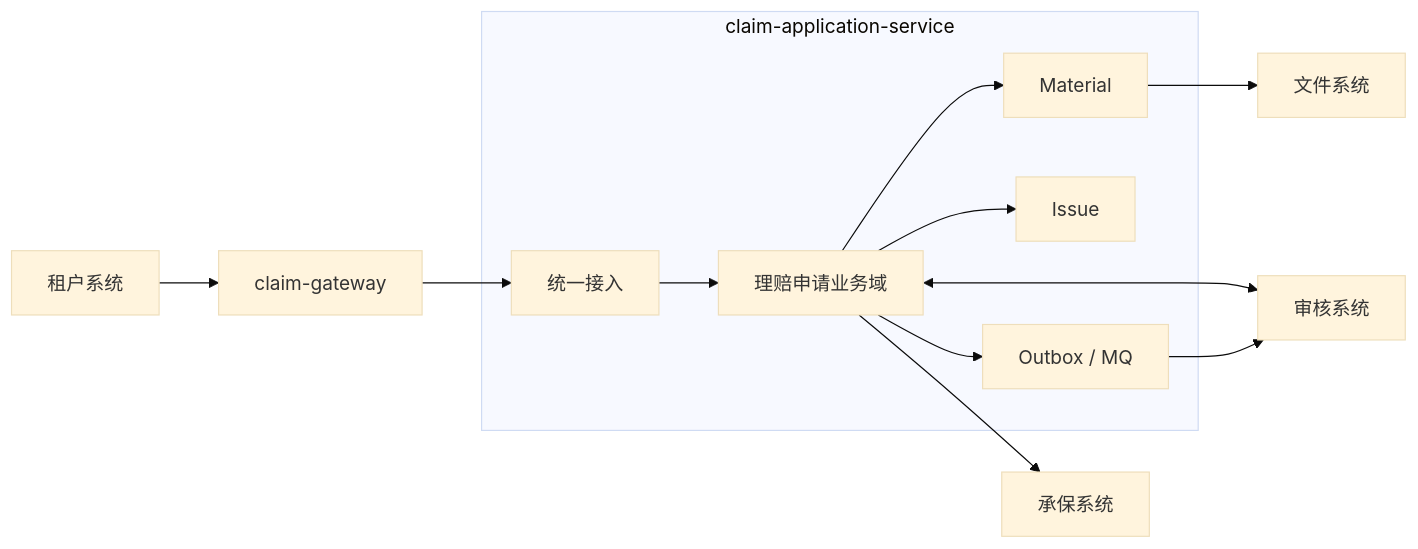
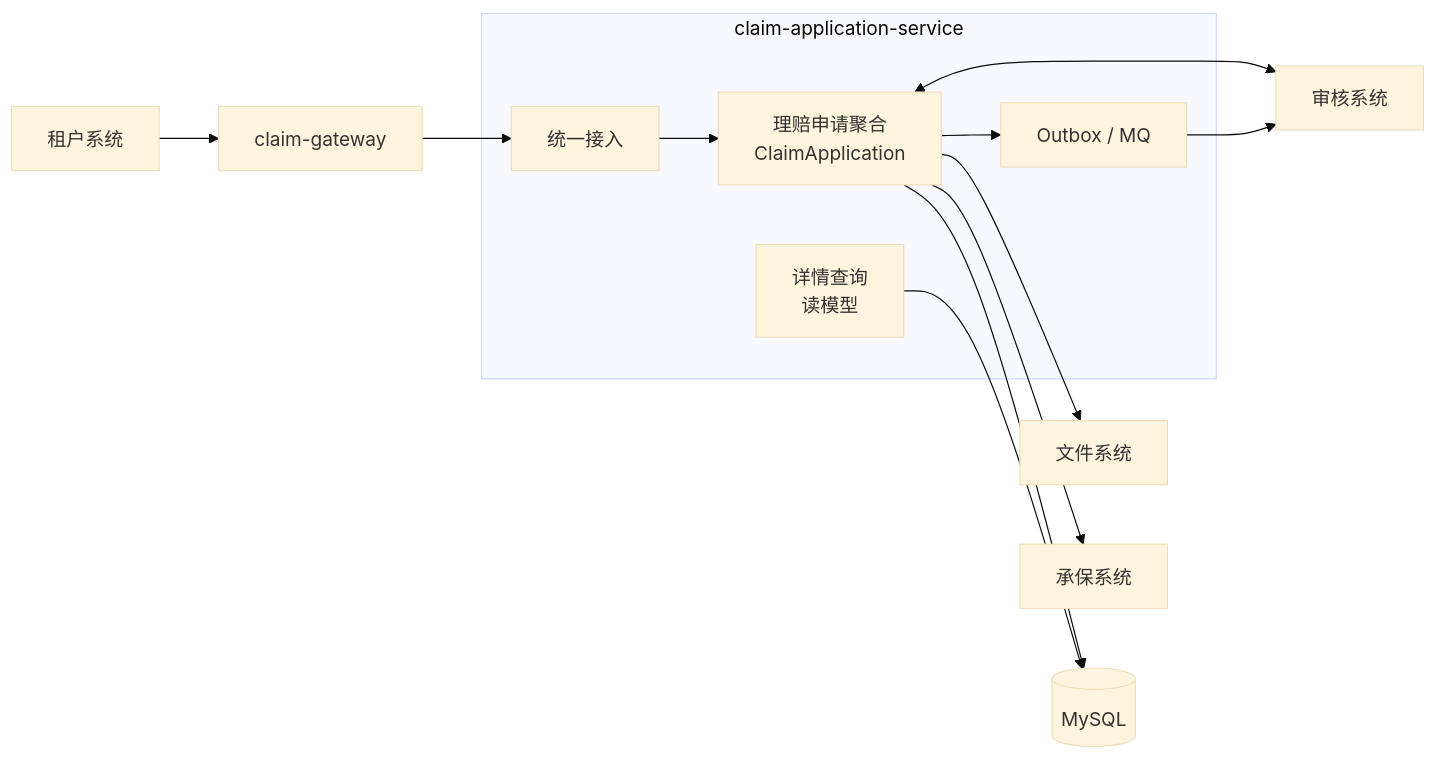
The first of 11 diagrams in docs/architecture/claim-application-architecture.md (wangguangwu/claim-integration-platform), drawn with Mermaid (base theme) before and after one commit. The commit also changed other lines of this file and 118 other files, not shown here.

Commit message:
落地 024 理赔受理聚合根重设计：ClaimApplication 统一收敛材料与问题件，补齐乐观锁与详情读模型

````diff
--- a/docs/architecture/claim-application-architecture.md
+++ b/docs/architecture/claim-application-architecture.md
@@ -51,26 +53,26 @@
 ```mermaid
 flowchart LR
     TENANT["租户系统"] --> GATEWAY["claim-gateway"]
 
     subgraph APPLICATION["claim-application-service"]
         ACCESS["统一接入"]
-        APP["理赔申请业务域"]
-        MATERIAL["Material"]
-        ISSUE["Issue"]
+        APP["理赔申请聚合<br/>ClaimApplication"]
+        QUERY["详情查询<br/>读模型"]
         OUTBOX["Outbox / MQ"]
     end
 
     FILE["文件系统"]
     INSURED["承保系统"]
     AUDIT["审核系统"]
+    DB[("MySQL")]
 
     GATEWAY --> ACCESS
     ACCESS --> APP
-    APP --> MATERIAL
-    APP --> ISSUE
+    APP --> DB
+    QUERY --> DB
     APP --> OUTBOX
-    MATERIAL --> FILE
+    APP --> FILE
     APP --> INSURED
     APP <--> AUDIT
     OUTBOX --> AUDIT
 ```
````
